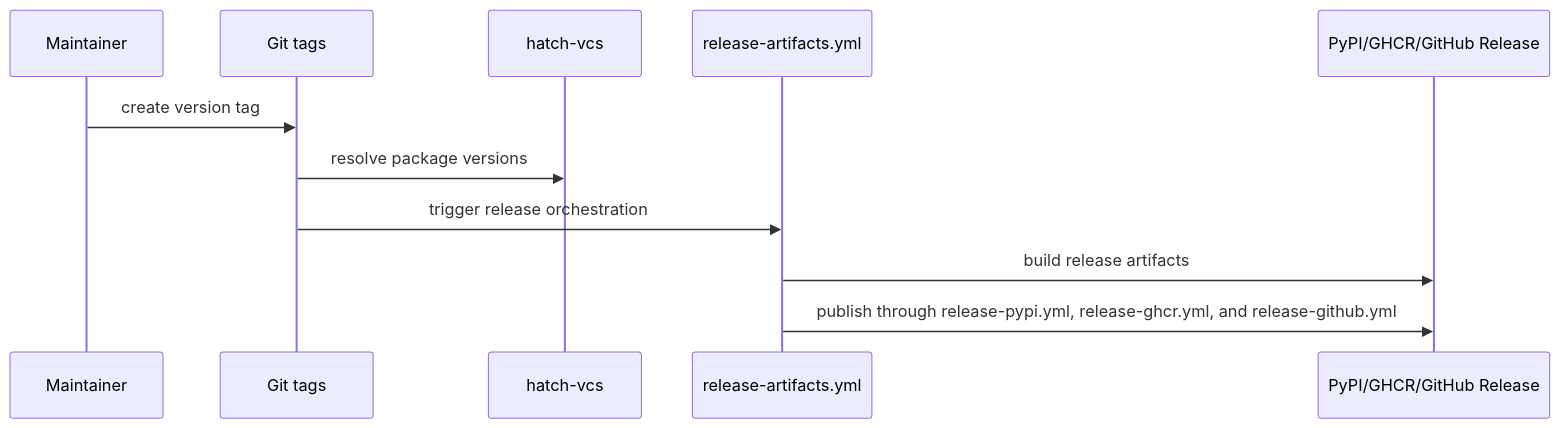
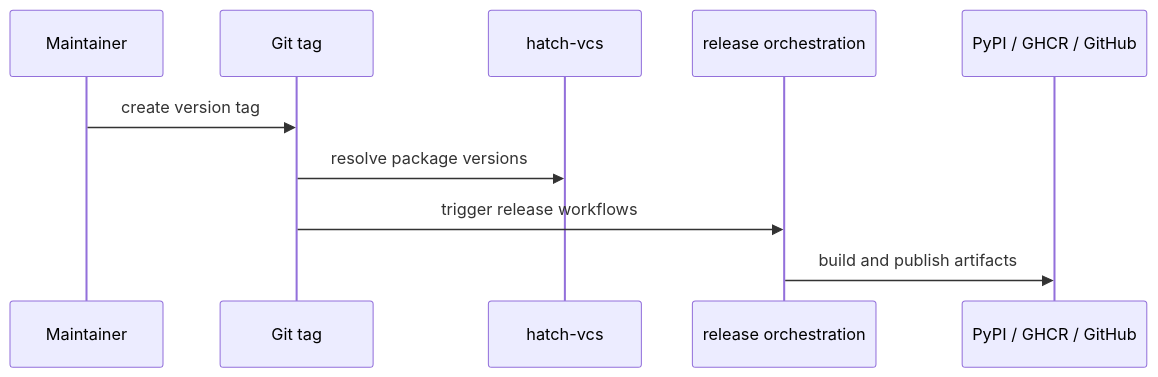
The diagram in docs/01-bijux-proteomics/operations/release-and-versioning.md (bijux/bijux-proteomics), drawn with Mermaid before and after one commit. The commit also changed other lines of this file and 19 other files, not shown here.

Commit message:
docs(repository): replace root handbook diagrams

````diff
--- a/docs/01-bijux-proteomics/operations/release-and-versioning.md
+++ b/docs/01-bijux-proteomics/operations/release-and-versioning.md
@@ -17,14 +17,12 @@
 ```mermaid
 sequenceDiagram
-    participant Dev as Maintainer
-    participant Git as Git tags
+    participant Maintainer
+    participant GitTag as Git tag
     participant Hatch as hatch-vcs
-    participant CI as release-artifacts.yml
-    participant Targets as PyPI/GHCR/GitHub Release
-
-    Dev->>Git: create version tag
-    Git->>Hatch: resolve package versions
-    Git->>CI: trigger release orchestration
-    CI->>Targets: build release artifacts
-    CI->>Targets: publish through release-pypi.yml, release-ghcr.yml, and release-github.yml
+    participant Release as release orchestration
+    participant Targets as PyPI / GHCR / GitHub
+    Maintainer->>GitTag: create version tag
+    GitTag->>Hatch: resolve package versions
+    GitTag->>Release: trigger release workflows
+    Release->>Targets: build and publish artifacts
 ```
````
